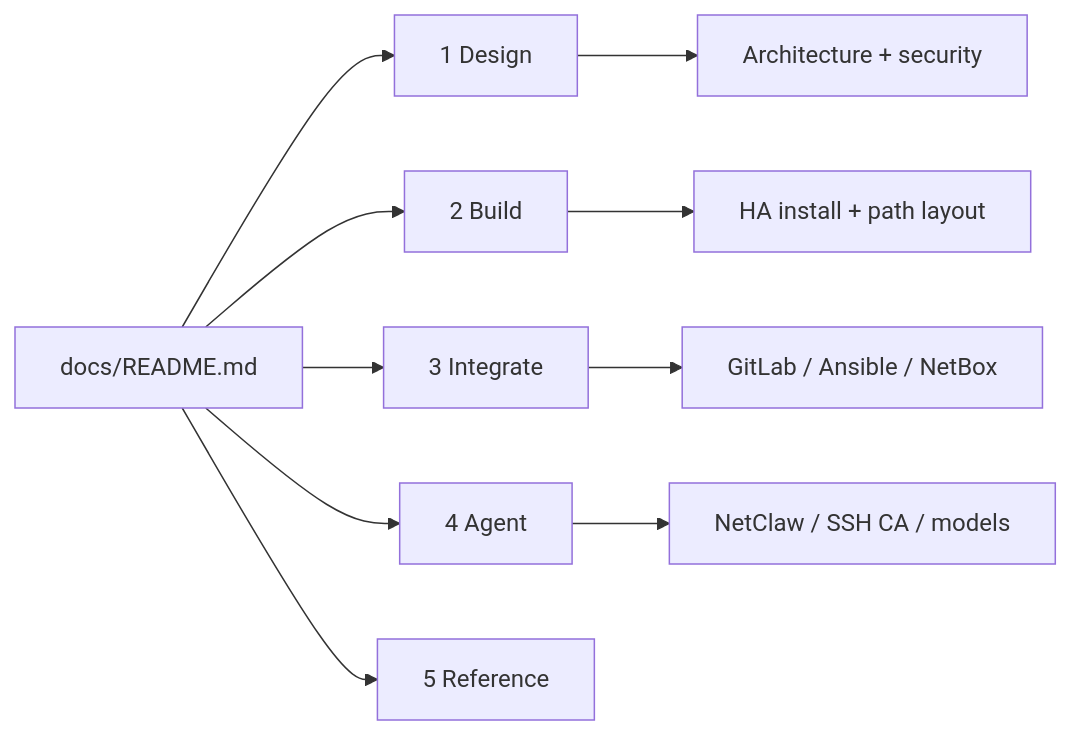
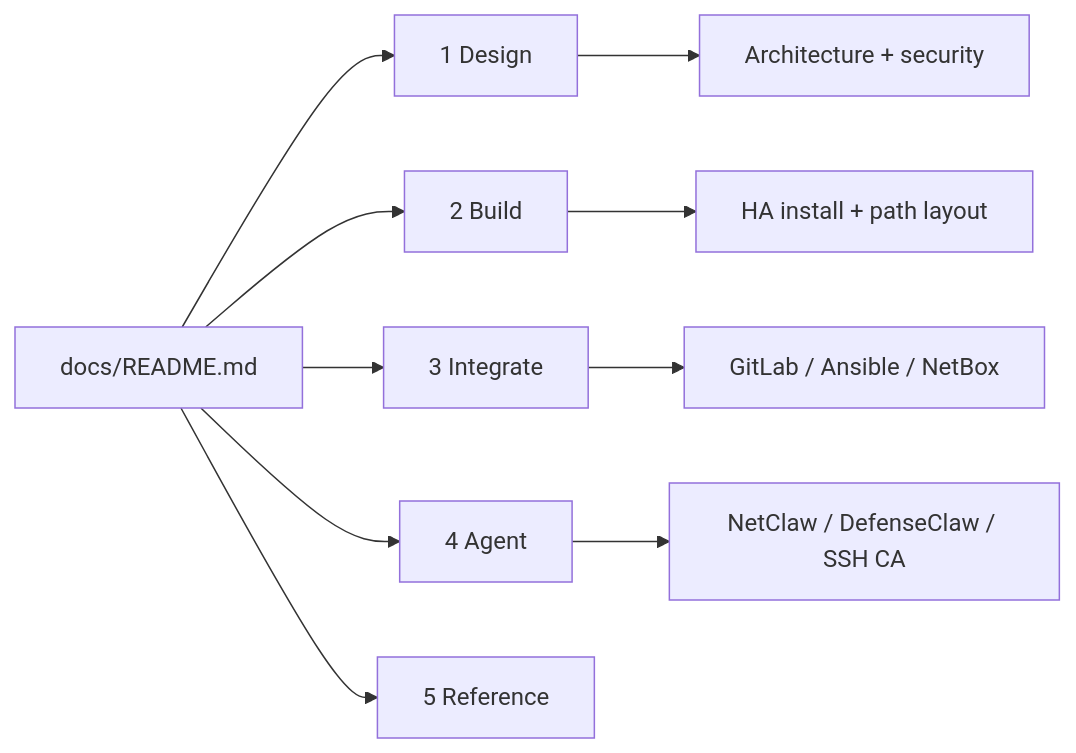
Before and after one commit to j-munroe/NetClaw-Production-Install-Guide: the first of 2 diagrams in README.md, drawn with Mermaid. The commit also changed other lines of this file and 15 other files, not shown here.

First line of the commit message:
Add DefenseClaw open-source guide into NetClaw design

````diff
--- a/README.md
+++ b/README.md
@@ -15,12 +15,12 @@
 ```mermaid
 flowchart LR
   Hub[docs/README.md] --> Design[1 Design]
   Hub --> Build[2 Build]
   Hub --> Integ[3 Integrate]
   Hub --> Agent[4 Agent]
   Hub --> Ref[5 Reference]
   Design --> Arch[Architecture + security]
   Build --> Install[HA install + path layout]
   Integ --> GL[GitLab / Ansible / NetBox]
-  Agent --> NC[NetClaw / SSH CA / models]
+  Agent --> NC[NetClaw / DefenseClaw / SSH CA]
 ```
````
